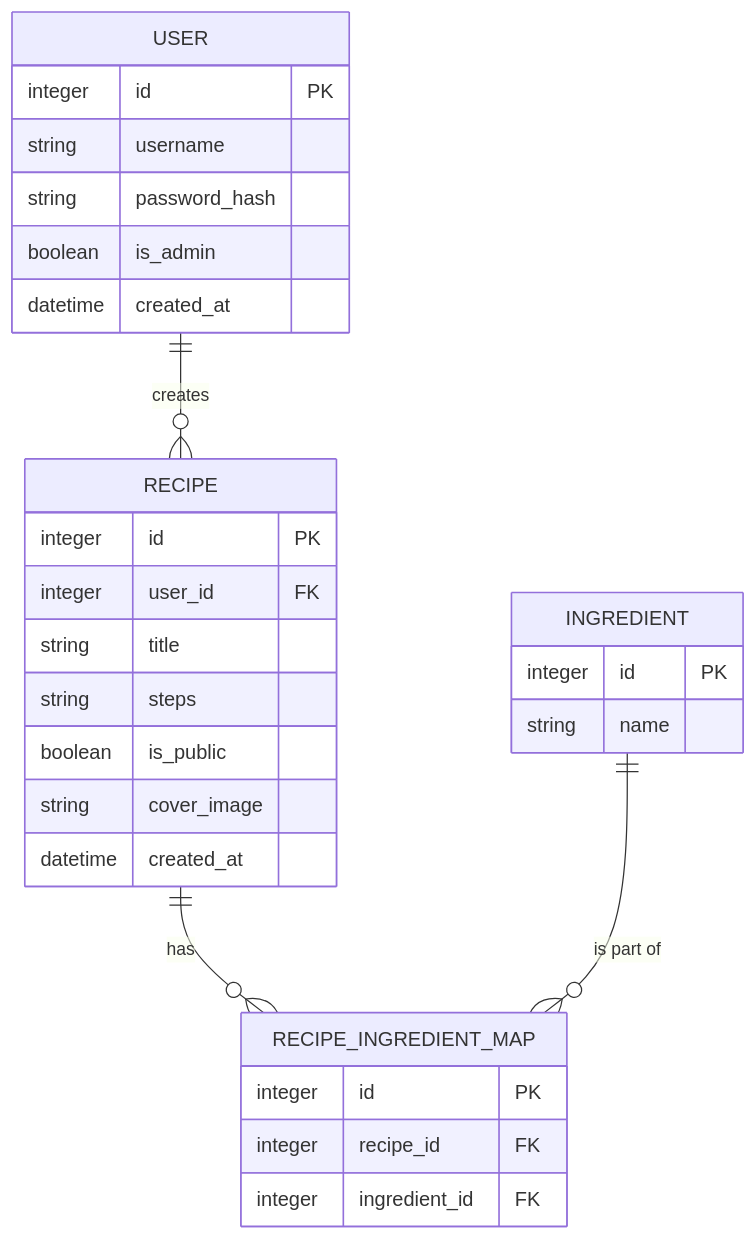
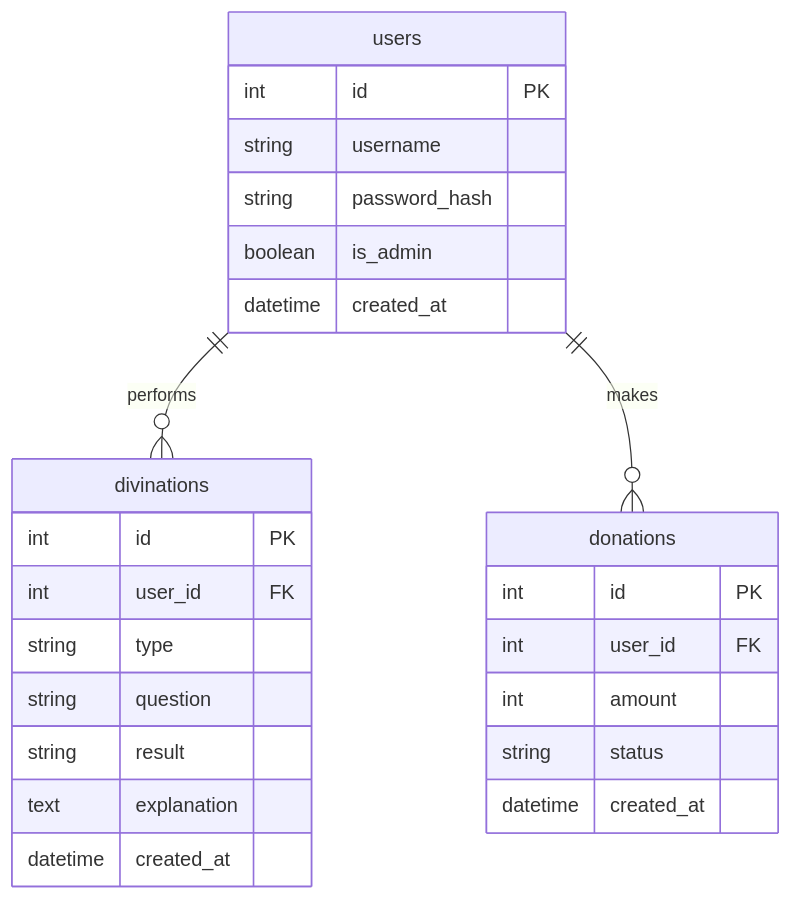
The diagram in docs/DB_DESIGN.md (t11003/web_app_development), drawn with Mermaid before and after one commit. The commit also changed other lines of this file and 50 other files, not shown here.

````diff
--- a/docs/DB_DESIGN.md
+++ b/docs/DB_DESIGN.md
@@ -5,32 +5,28 @@
 ```mermaid
 erDiagram
-    USER {
-        integer id PK
+    users {
+        int id PK
         string username
         string password_hash
         boolean is_admin
         datetime created_at
     }
-    RECIPE {
-        integer id PK
-        integer user_id FK
-        string title
-        string steps
-        boolean is_public
-        string cover_image
+    divinations {
+        int id PK
+        int user_id FK
+        string type
+        string question
+        string result
+        text explanation
         datetime created_at
     }
-    INGREDIENT {
-        integer id PK
-        string name
+    donations {
+        int id PK
+        int user_id FK
+        int amount
+        string status
+        datetime created_at
     }
-    RECIPE_INGREDIENT_MAP {
-        integer id PK
-        integer recipe_id FK
-        integer ingredient_id FK
-    }
-
-    USER ||--o{ RECIPE : "creates"
-    RECIPE ||--o{ RECIPE_INGREDIENT_MAP : "has"
-    INGREDIENT ||--o{ RECIPE_INGREDIENT_MAP : "is part of"
+    users ||--o{ divinations : "performs"
+    users ||--o{ donations : "makes"
 ```
````
